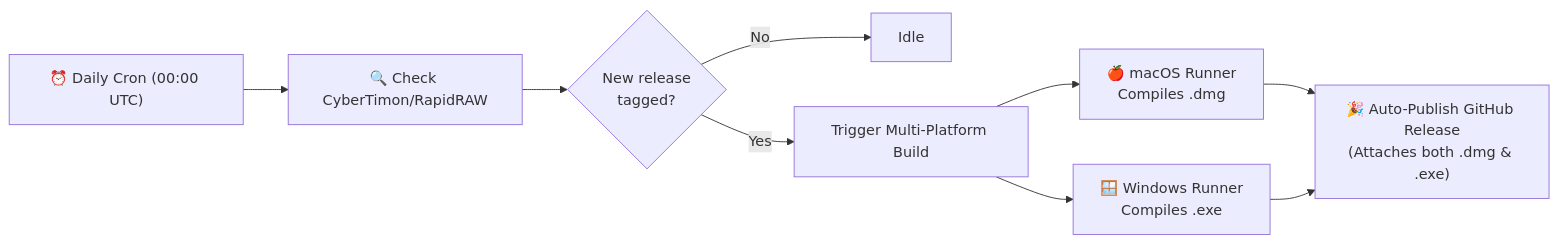
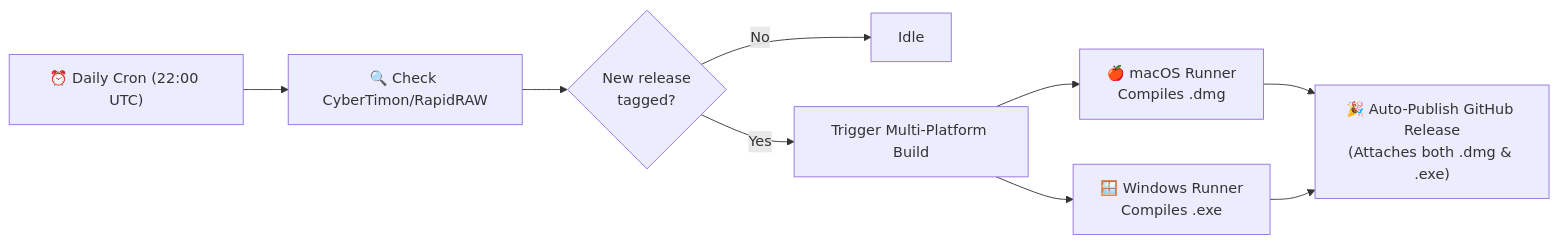
One commit to puneetrane1811/rapidraw-creative-export-borders-and-grids changed the diagram in README.md. Above: the diagram before and after it, drawn with Mermaid. The commit also changed other lines of this file, not shown here.

````diff
--- a/README.md
+++ b/README.md
@@ -141,11 +141,11 @@
 ```mermaid
 flowchart LR
-    Cron["⏰ Daily Cron (00:00 UTC)"] --> Check["🔍 Check CyberTimon/RapidRAW"]
+    Cron["⏰ Daily Cron (22:00 UTC)"] --> Check["🔍 Check CyberTimon/RapidRAW"]
     Check --> Cond{"New release<br/>tagged?"}
     Cond -- No --> Idle["Idle"]
     Cond -- Yes --> Matrix["Trigger Multi-Platform Build"]
     Matrix --> Mac["🍎 macOS Runner<br/>Compiles .dmg"]
     Matrix --> Win["🪟 Windows Runner<br/>Compiles .exe"]
     Mac --> Rel["🎉 Auto-Publish GitHub Release<br/>(Attaches both .dmg & .exe)"]
     Win --> Rel
 ```
````
